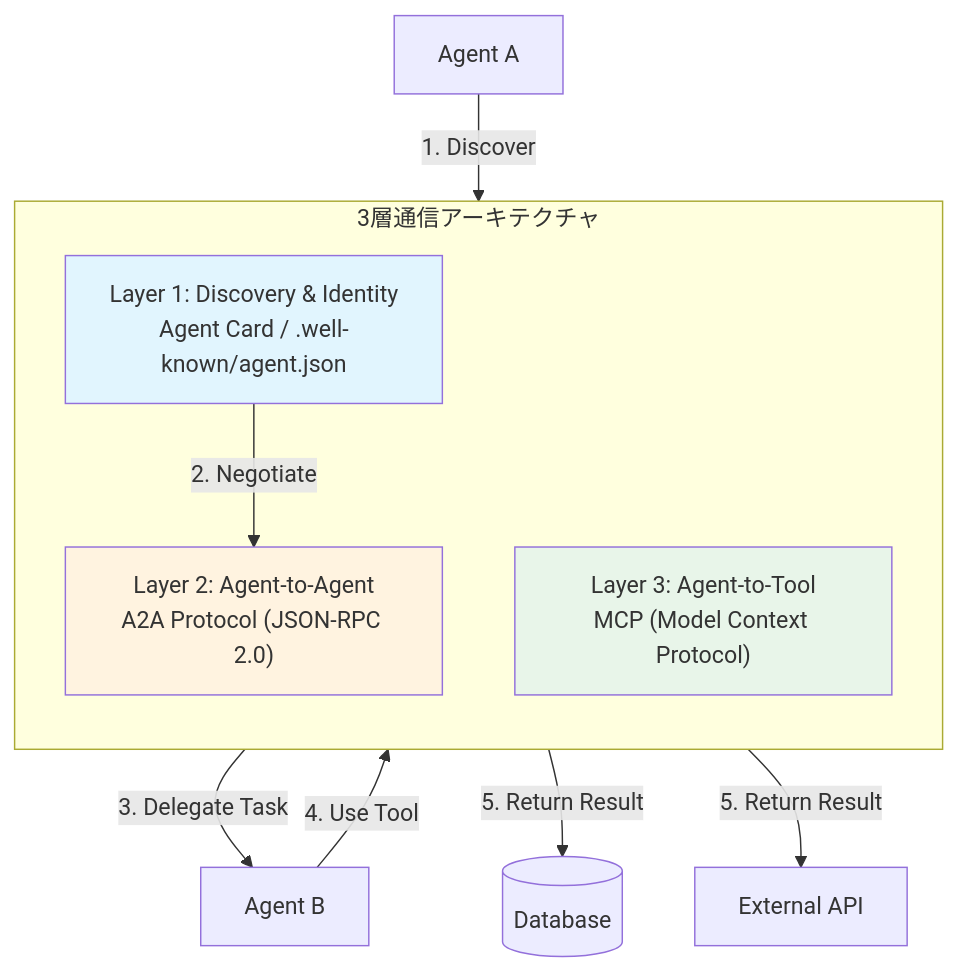
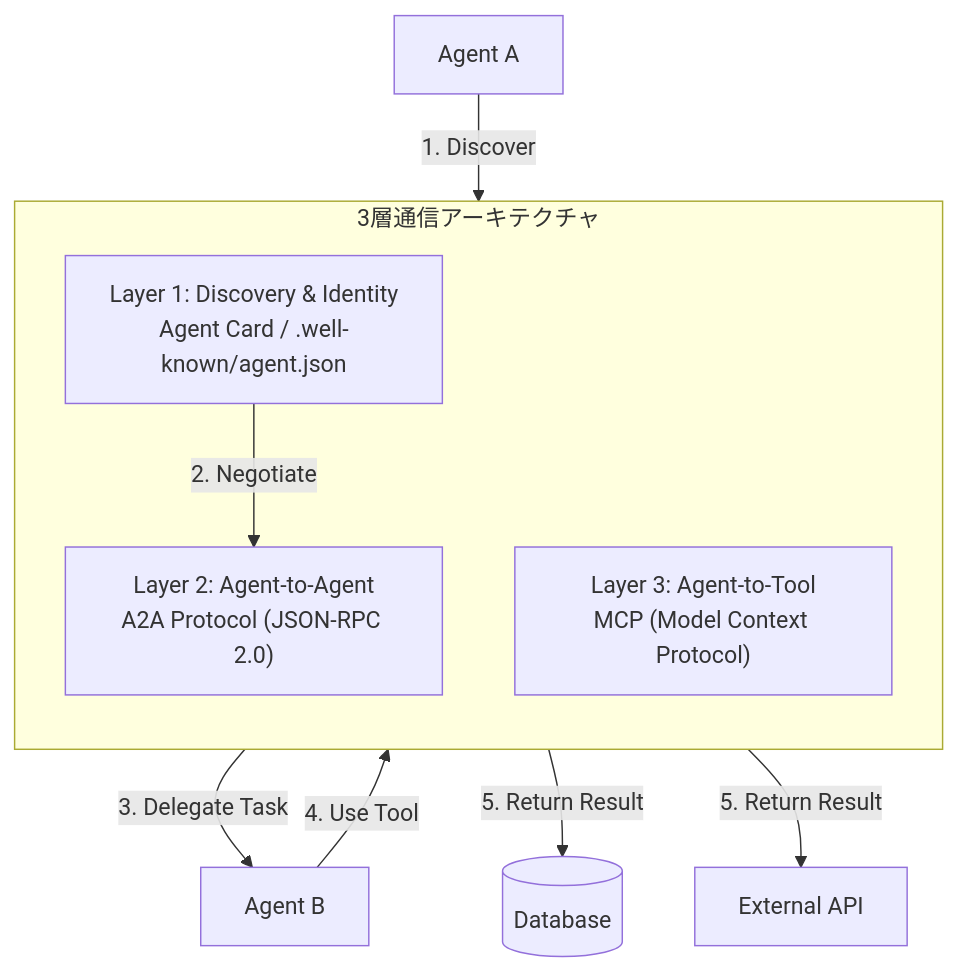
Before and after one commit to 0h-n0/zenn-contents: the first of 3 diagrams in articles/679435133792e7.md, drawn with Mermaid. The commit also changed 13 other files, not shown here.

First line of the commit message:
fix: Mermaidダイアグラムのカスタムスタイル(fill/stroke/color)を削除

````diff
--- a/articles/679435133792e7.md
+++ b/articles/679435133792e7.md
@@ -55,20 +55,17 @@
 ```mermaid
 graph TB
     subgraph "3層通信アーキテクチャ"
         direction TB
         L1["Layer 1: Discovery & Identity<br/>Agent Card / .well-known/agent.json"]
         L2["Layer 2: Agent-to-Agent<br/>A2A Protocol (JSON-RPC 2.0)"]
         L3["Layer 3: Agent-to-Tool<br/>MCP (Model Context Protocol)"]
     end
 
     A1[Agent A] -->|"1. Discover"| L1
     L1 -->|"2. Negotiate"| L2
     L2 -->|"3. Delegate Task"| A2[Agent B]
     A2 -->|"4. Use Tool"| L3
     L3 -->|"5. Return Result"| DB[(Database)]
     L3 -->|"5. Return Result"| API[External API]
 
-    style L1 fill:#e1f5fe
-    style L2 fill:#fff3e0
-    style L3 fill:#e8f5e9
 ```
````
